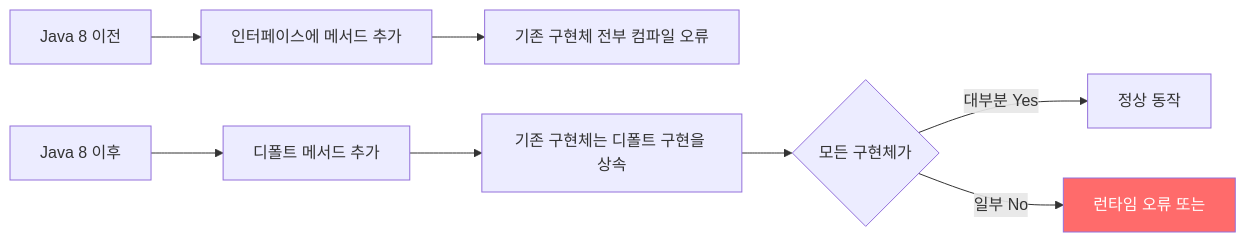
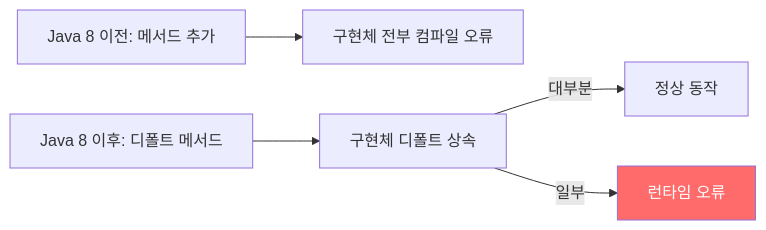
One commit to yjkim2015/yjkim2015.github.io changed the first of 4 diagrams in _posts/java/2022-01-04-effective-java21.md. Above: the diagram before and after it, drawn with Mermaid. The commit also changed 163 other files, not shown here.

First line of the commit message:
Mermaid 300개 블록 내용 축소: 5노드 5엣지 이하, 의미 있는 약어

````diff
--- a/_posts/java/2022-01-04-effective-java21.md
+++ b/_posts/java/2022-01-04-effective-java21.md
@@ -18,11 +18,8 @@
 ```mermaid
 graph LR
-    A["Java 8 이전"] --> B["인터페이스에 메서드 추가"]
-    B --> C["기존 구현체 전부 컴파일 오류"]
-    D["Java 8 이후"] --> E["디폴트 메서드 추가"]
-    E --> F["기존 구현체는 디폴트 구현을 상속"]
-    F --> G{"모든 구현체가"}
-    G -->|"대부분 Yes"| H["정상 동작"]
-    G -->|"일부 No"| I["런타임 오류 또는"]
-    style I fill:#ff6b6b,color:#fff
+    A["Java 8 이전: 메서드 추가"] --> B["구현체 전부 컴파일 오류"]
+    C["Java 8 이후: 디폴트 메서드"] --> D["구현체 디폴트 상속"]
+    D -->|"대부분"| E["정상 동작"]
+    D -->|"일부"| F["런타임 오류"]
+    style F fill:#ff6b6b,color:#fff
 ```
````
